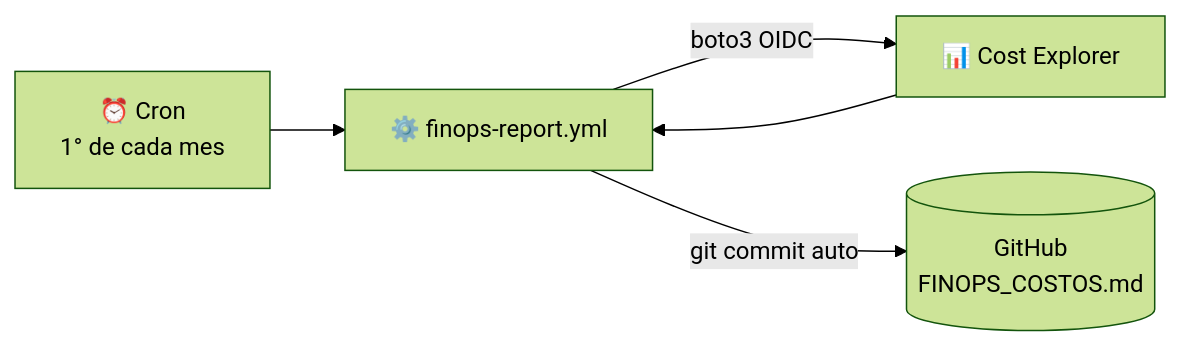
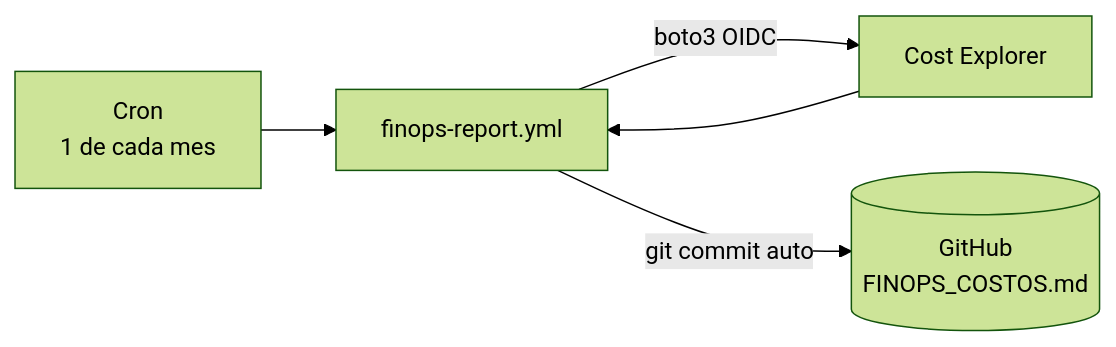
Before and after one commit to vladimiracunadev-create/proyectos-aws: the tenth of 12 diagrams in README.md, drawn with Mermaid (forest theme). The commit also changed other lines of this file and 13 other files, not shown here.

First line of the commit message:
fix: corregir diagramas Mermaid + crear AWS_PASO_A_PASO para casos 01 y 02

````diff
--- a/README.md
+++ b/README.md
@@ -256,7 +262,7 @@
 ```mermaid
 flowchart LR
-    CRON[⏰ Cron\n1° de cada mes] --> WF[⚙️ finops-report.yml]
-    WF -->|boto3 OIDC| CE[📊 Cost Explorer]
+    CRON[Cron\n1 de cada mes] --> WF[finops-report.yml]
+    WF -->|boto3 OIDC| CE[Cost Explorer]
     CE --> WF
     WF -->|git commit auto| GH[(GitHub\nFINOPS_COSTOS.md)]
 ```
````
